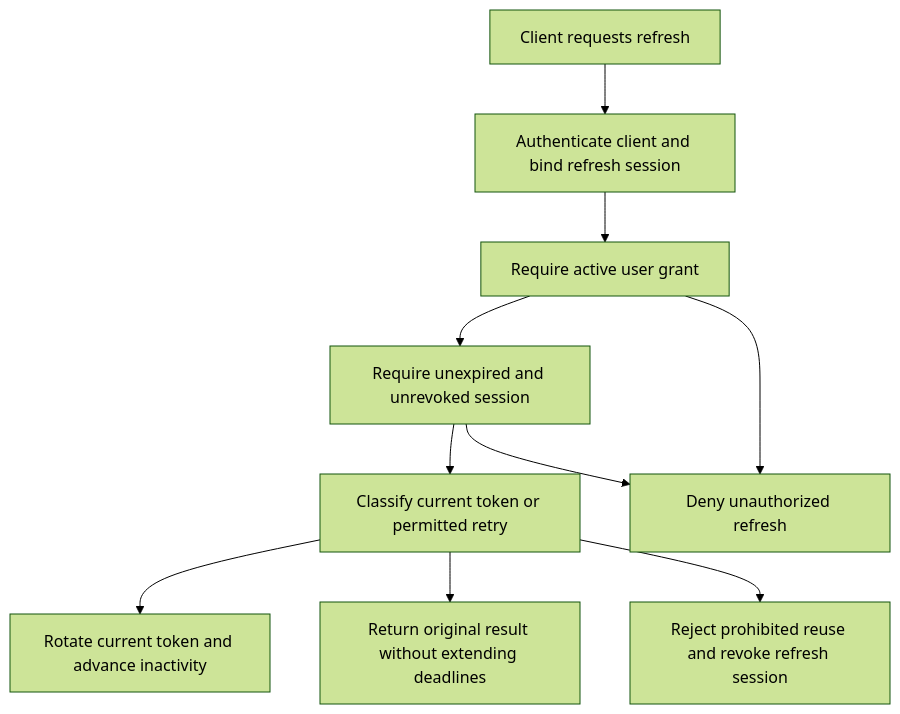
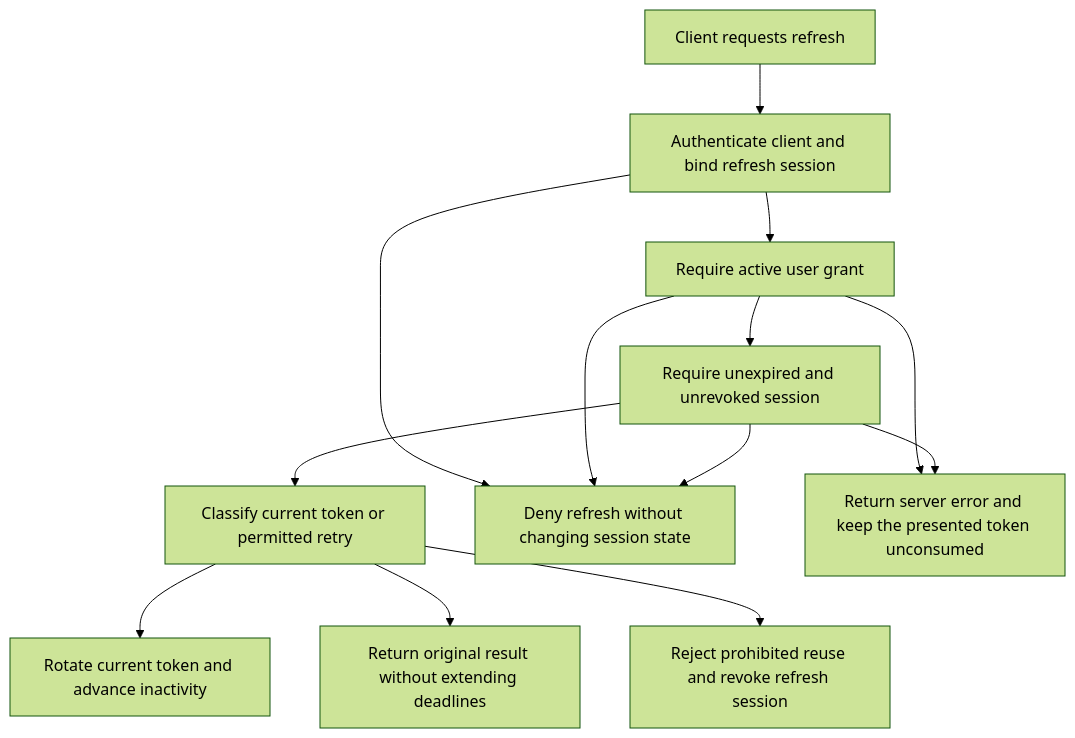
One commit to zalando-incubator/agentic-identity-broker changed the diagram in specs/049-fix-refresh-consent/spec.md. Above: the diagram before and after it, drawn with Mermaid (forest theme). The commit also changed other lines of this file and 1 other file, not shown here.

````diff
--- a/specs/049-fix-refresh-consent/spec.md
+++ b/specs/049-fix-refresh-consent/spec.md
@@ -174,12 +203,15 @@
 ```mermaid
 flowchart TD
     Request["Client requests refresh"] --> Identity["Authenticate client and bind refresh session"]
     Identity --> Consent["Require active user grant"]
     Consent --> Lifetime["Require unexpired and unrevoked session"]
     Lifetime --> Current["Classify current token or permitted retry"]
     Current --> Rotate["Rotate current token and advance inactivity"]
     Current --> Retry["Return original result without extending deadlines"]
-    Consent --> Deny["Deny unauthorized refresh"]
+    Identity --> Deny["Deny refresh without changing session state"]
+    Consent --> Deny
     Lifetime --> Deny
+    Consent --> Unknown["Return server error and keep the presented token unconsumed"]
+    Lifetime --> Unknown
     Current --> Revoke["Reject prohibited reuse and revoke refresh session"]
 ```
````
